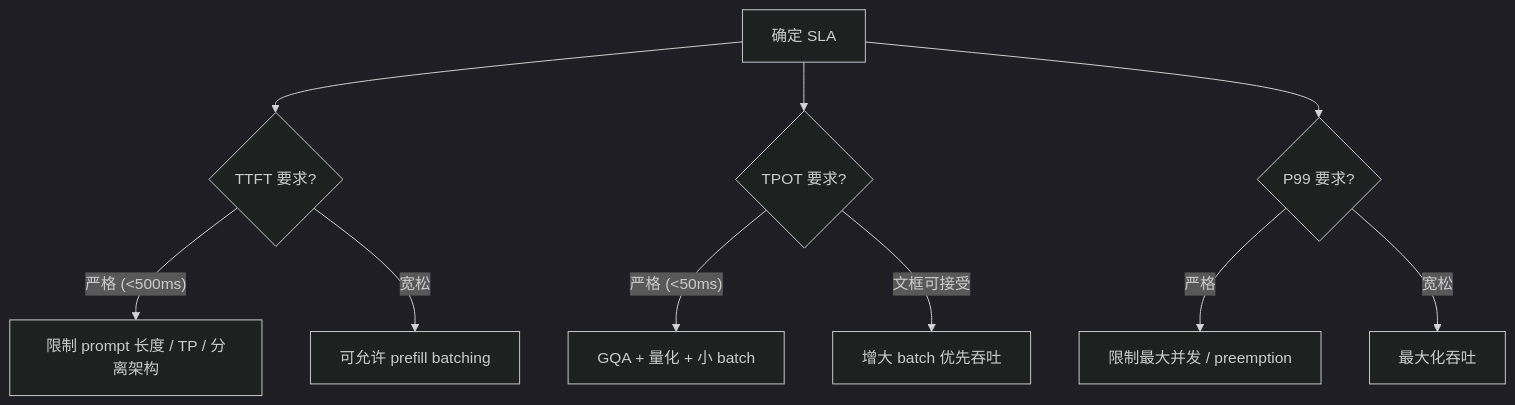
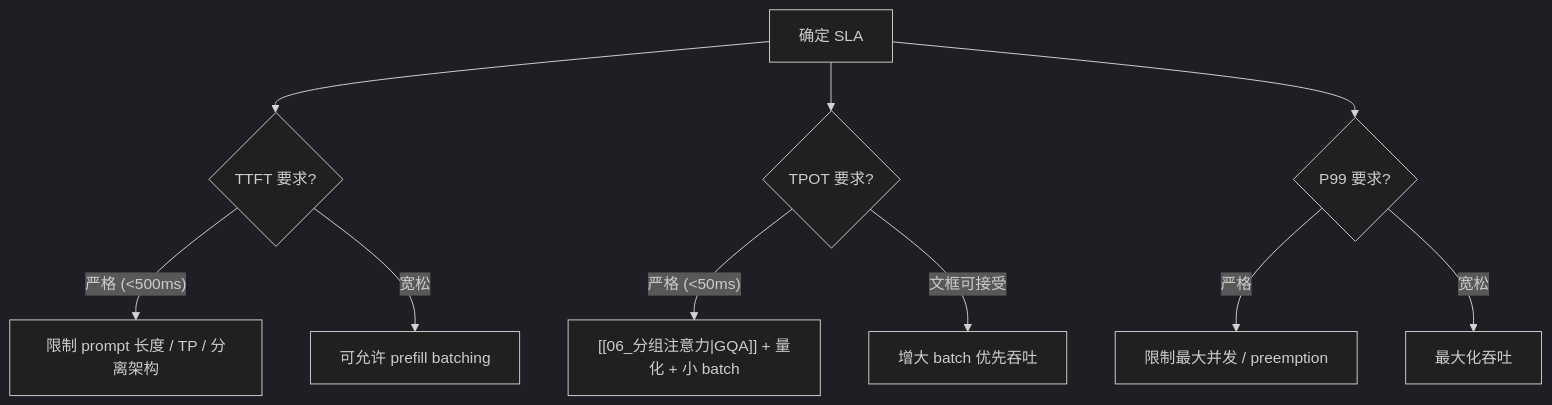
One commit to WYfusion/note changed the second of 2 diagrams in DL/06LLM 参数量 数值精度 训练资源 训练时间 推理速度/6 推理速度：数学化分解/3 吞吐与时延工程权衡.md. Above: the diagram before and after it, drawn with Mermaid (dark theme). The commit also changed 339 other files, not shown here.

````diff
--- a/DL/06LLM 参数量 数值精度 训练资源 训练时间 推理速度/6 推理速度：数学化分解/3 吞吐与时延工程权衡.md
+++ b/DL/06LLM 参数量 数值精度 训练资源 训练时间 推理速度/6 推理速度：数学化分解/3 吞吐与时延工程权衡.md
@@ -74,12 +74,12 @@
 ```mermaid
 graph TD
     A["确定 SLA"] --> B{"TTFT 要求?"}
     B -->|"严格 (<500ms)"| C["限制 prompt 长度 / TP / 分离架构"]
     B -->|"宽松"| D["可允许 prefill batching"]
     A --> E{"TPOT 要求?"}
-    E -->|"严格 (<50ms)"| F["GQA + 量化 + 小 batch"]
+    E -->|"严格 (<50ms)"| F["[[06_分组注意力|GQA]] + 量化 + 小 batch"]
     E -->|"文框可接受"| G["增大 batch 优先吞吐"]
     A --> H{"P99 要求?"}
     H -->|"严格"| I["限制最大并发 / preemption"]
     H -->|"宽松"| J["最大化吞吐"]
 ```
````
